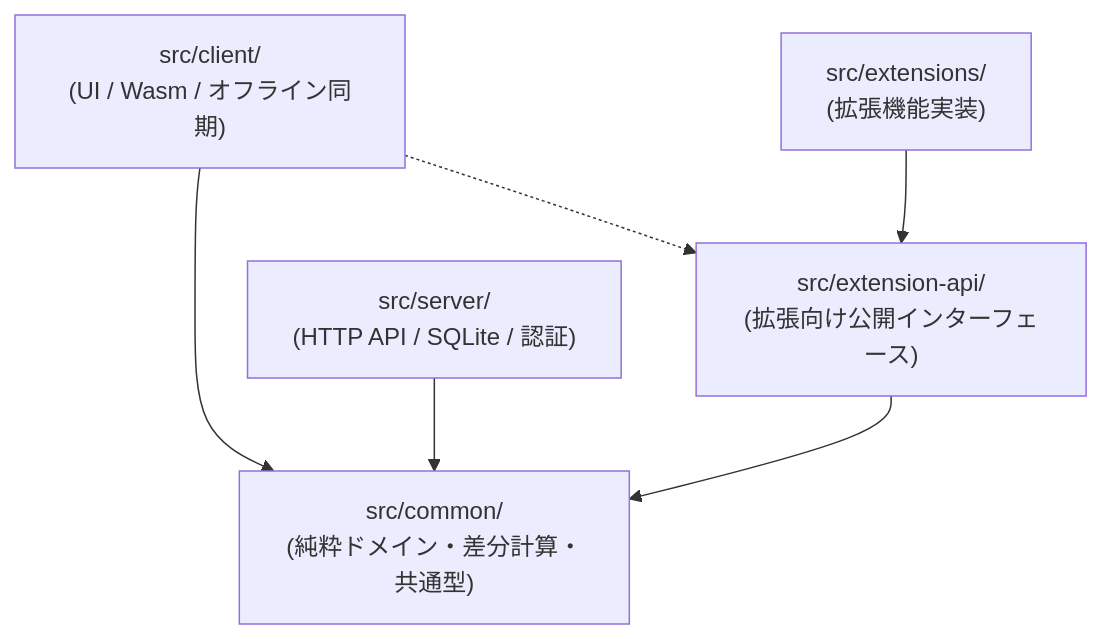
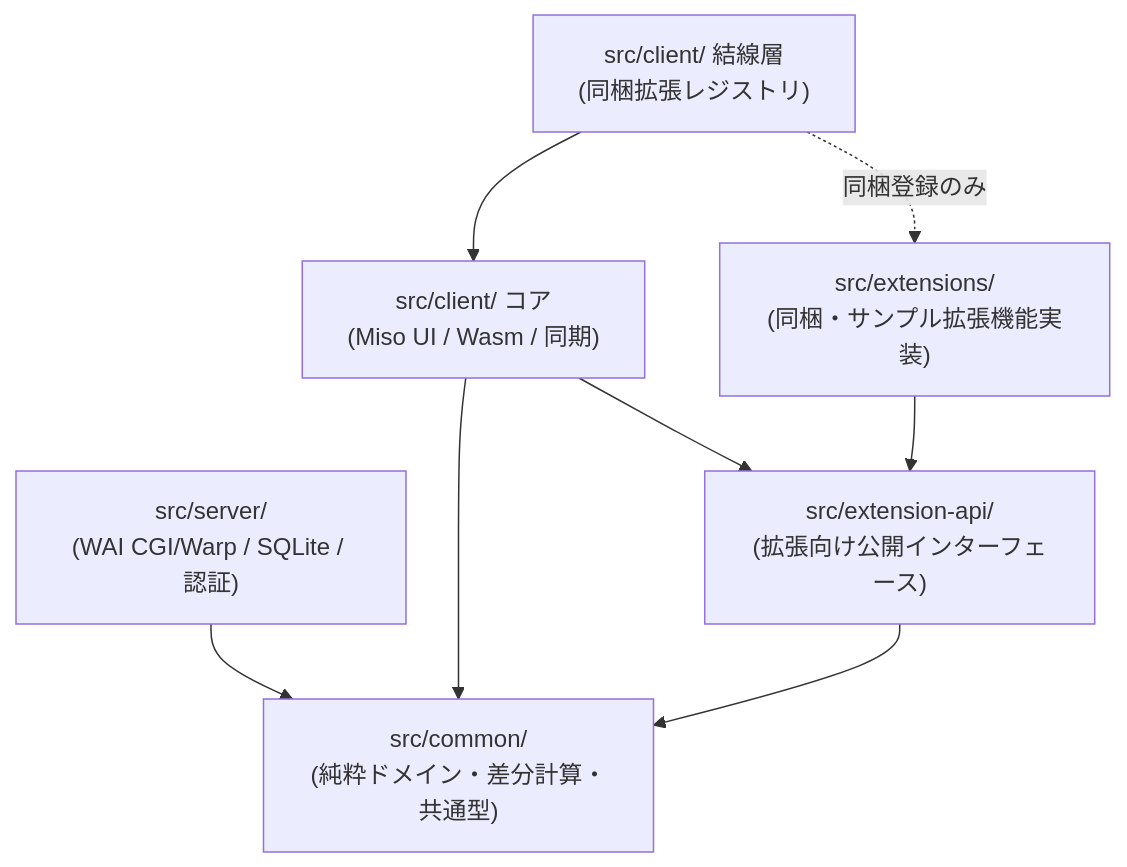
Before and after one commit to asakamirai/tamatsuzura: the diagram in docs/coding_rules_project.md, drawn with Mermaid. The commit also changed other lines of this file and 10 other files, not shown here.

First line of the commit message:
M0: Finalize requirements and sync architecture, milestones, and backlog

````diff
--- a/docs/coding_rules_project.md
+++ b/docs/coding_rules_project.md
@@ -18,14 +18,17 @@
 ```mermaid
 flowchart TD
     Common["src/common/<br>(純粋ドメイン・差分計算・共通型)"]
     ExtAPI["src/extension-api/<br>(拡張向け公開インターフェース)"]
-    Server["src/server/<br>(HTTP API / SQLite / 認証)"]
-    Client["src/client/<br>(UI / Wasm / オフライン同期)"]
-    Exts["src/extensions/<br>(拡張機能実装)"]
+    Server["src/server/<br>(WAI CGI/Warp / SQLite / 認証)"]
+    ClientCore["src/client/ コア<br>(Miso UI / Wasm / 同期)"]
+    ClientEntry["src/client/ 結線層<br>(同梱拡張レジストリ)"]
+    Exts["src/extensions/<br>(同梱・サンプル拡張機能実装)"]
 
     Server --> Common
-    Client --> Common
+    ClientCore --> Common
+    ClientCore --> ExtAPI
+    ClientEntry --> ClientCore
+    ClientEntry -. 同梱登録のみ .-> Exts
     ExtAPI --> Common
     Exts --> ExtAPI
-    Client -.-> ExtAPI
 ```
````
